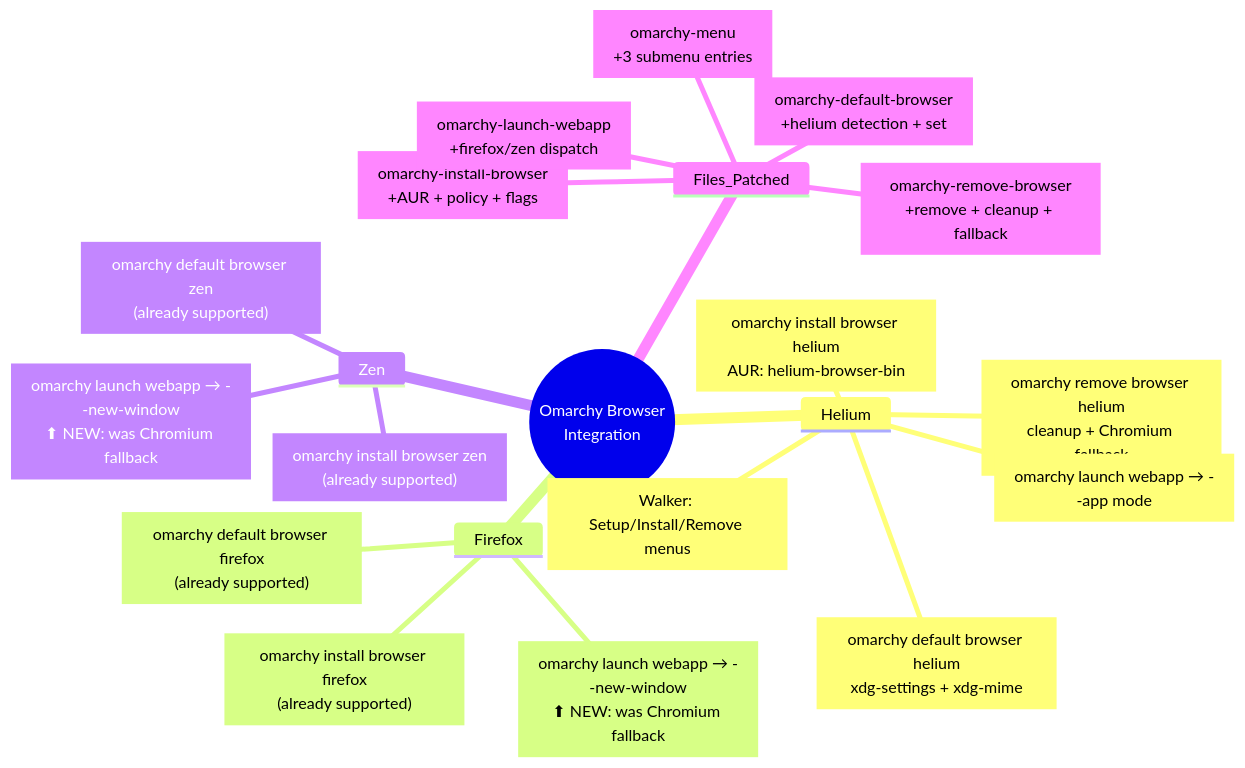
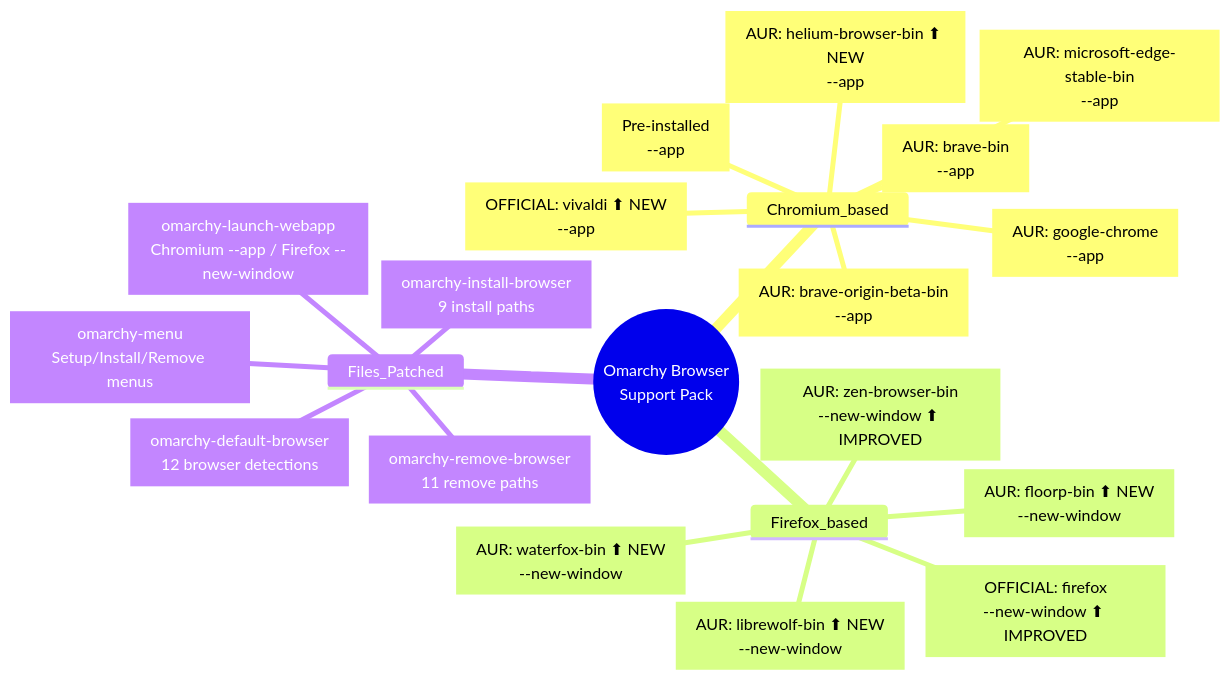
One commit to hembramnishant50-glitch/omarchy-browser-support changed the diagram in MINDMAP.md. Above: the diagram before and after it, drawn with Mermaid. The commit also changed other lines of this file and 7 other files, not shown here.

````diff
--- a/MINDMAP.md
+++ b/MINDMAP.md
@@ -1,24 +1,24 @@
 ```mermaid
 mindmap
-  root((Omarchy Browser<br/>Integration))
-    Helium
-      install["omarchy install browser helium<br/>AUR: helium-browser-bin"]
-      default["omarchy default browser helium<br/>xdg-settings + xdg-mime"]
-      remove["omarchy remove browser helium<br/>cleanup + Chromium fallback"]
-      webapp["omarchy launch webapp → --app mode"]
-      menu["Walker: Setup/Install/Remove menus"]
-    Firefox
-      install["omarchy install browser firefox<br/>(already supported)"]
-      default["omarchy default browser firefox<br/>(already supported)"]
-      webapp["omarchy launch webapp → --new-window<br/>⬆ NEW: was Chromium fallback"]
-    Zen
-      install["omarchy install browser zen<br/>(already supported)"]
-      default["omarchy default browser zen<br/>(already supported)"]
-      webapp["omarchy launch webapp → --new-window<br/>⬆ NEW: was Chromium fallback"]
+  root((Omarchy Browser<br/>Support Pack))
+    Chromium_based
+      Chromium["Pre-installed<br/>--app"]
+      Chrome["AUR: google-chrome<br/>--app"]
+      Brave["AUR: brave-bin<br/>--app"]
+      Brave_Origin["AUR: brave-origin-beta-bin<br/>--app"]
+      Edge["AUR: microsoft-edge-stable-bin<br/>--app"]
+      Vivaldi["OFFICIAL: vivaldi ⬆ NEW<br/>--app"]
+      Helium["AUR: helium-browser-bin ⬆ NEW<br/>--app"]
+    Firefox_based
+      Firefox["OFFICIAL: firefox<br/>--new-window ⬆ IMPROVED"]
+      Zen["AUR: zen-browser-bin<br/>--new-window ⬆ IMPROVED"]
+      Floorp["AUR: floorp-bin ⬆ NEW<br/>--new-window"]
+      Waterfox["AUR: waterfox-bin ⬆ NEW<br/>--new-window"]
+      LibreWolf["AUR: librewolf-bin ⬆ NEW<br/>--new-window"]
     Files_Patched
-      db["omarchy-default-browser<br/>+helium detection + set"]
-      ib["omarchy-install-browser<br/>+AUR + policy + flags"]
-      rb["omarchy-remove-browser<br/>+remove + cleanup + fallback"]
-      menu["omarchy-menu<br/>+3 submenu entries"]
-      wa["omarchy-launch-webapp<br/>+firefox/zen dispatch"]
+      default_browser["omarchy-default-browser<br/>12 browser detections"]
+      install_browser["omarchy-install-browser<br/>9 install paths"]
+      remove_browser["omarchy-remove-browser<br/>11 remove paths"]
+      menu["omarchy-menu<br/>Setup/Install/Remove menus"]
+      webapp["omarchy-launch-webapp<br/>Chromium --app / Firefox --new-window"]
 ```
````
